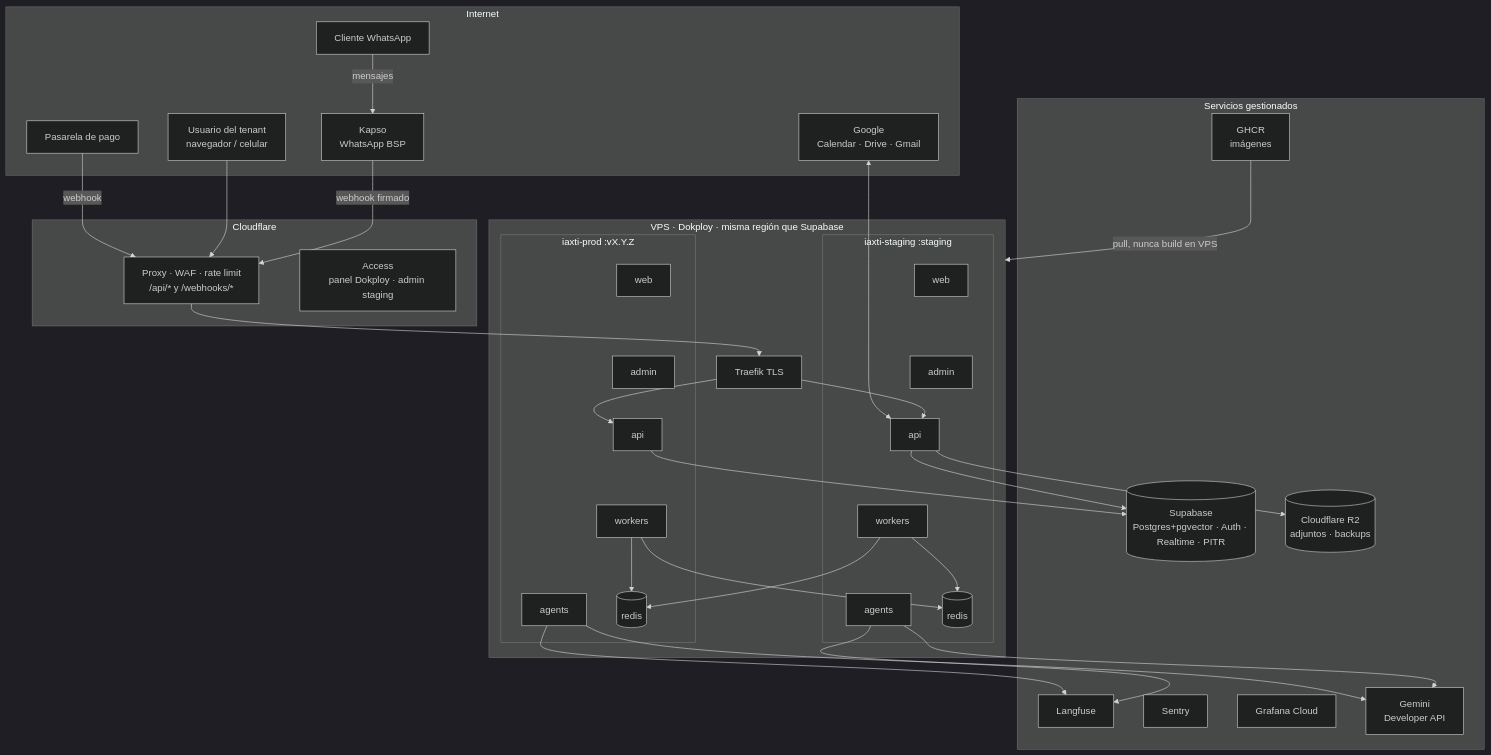
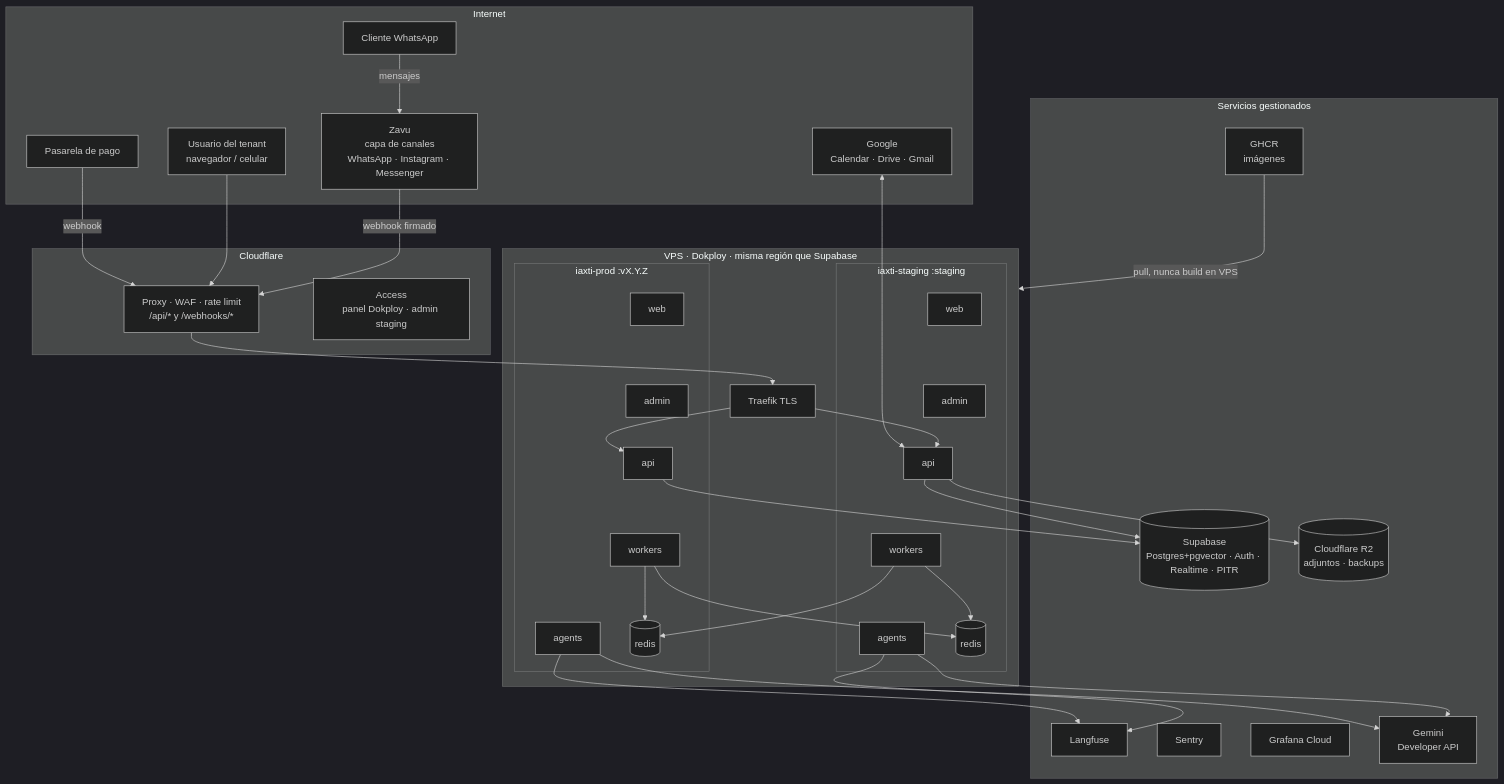
One commit to voxtilabs/IAxTi changed the first of 7 diagrams in docs/ARCHITECTURE.md. Above: the diagram before and after it, drawn with Mermaid (dark theme). The commit also changed other lines of this file and 8 other files, not shown here.

Commit message:
docs(adr): Zavu como capa de canales, proveedor propio en Fase 7 (ADR-0014)

````diff
--- a/docs/ARCHITECTURE.md
+++ b/docs/ARCHITECTURE.md
@@ -8,48 +8,48 @@
 ```mermaid
 flowchart TB
   subgraph internet[Internet]
     C[Cliente WhatsApp]
     U[Usuario del tenant<br/>navegador / celular]
-    K[Kapso<br/>WhatsApp BSP]
+    K[Zavu<br/>capa de canales<br/>WhatsApp · Instagram · Messenger]
     G[Google<br/>Calendar · Drive · Gmail]
     P[Pasarela de pago]
   end
 
   subgraph cf[Cloudflare]
     WAF[Proxy · WAF · rate limit<br/>/api/* y /webhooks/*]
     ACC[Access<br/>panel Dokploy · admin staging]
   end
 
   subgraph vps[VPS · Dokploy · misma región que Supabase]
     T[Traefik TLS]
     subgraph stg[iaxti-staging :staging]
       SW[web] ~~~ SA[admin] ~~~ SAPI[api] ~~~ SWK[workers] ~~~ SAG[agents]
       SR[(redis)]
     end
     subgraph prd[iaxti-prod :vX.Y.Z]
       PW[web] ~~~ PA[admin] ~~~ PAPI[api] ~~~ PWK[workers] ~~~ PAG[agents]
       PR[(redis)]
     end
   end
 
   subgraph ext[Servicios gestionados]
     SB[(Supabase<br/>Postgres+pgvector · Auth · Realtime · PITR)]
     R2[(Cloudflare R2<br/>adjuntos · backups)]
     GH[GHCR<br/>imágenes]
     LF[Langfuse]
     SEN[Sentry]
     GC[Grafana Cloud]
     GEM[Gemini<br/>Developer API]
   end
 
   C -->|mensajes| K -->|webhook firmado| WAF --> T
   U --> WAF
   T --> SAPI & PAPI
   SAPI & PAPI --> SB
   SWK & PWK --> SR & PR
   SAG & PAG --> GEM & LF
   SAPI --> R2
   GH -->|pull, nunca build en VPS| vps
   G <--> SAPI
   P -->|webhook| WAF
 ```
````
